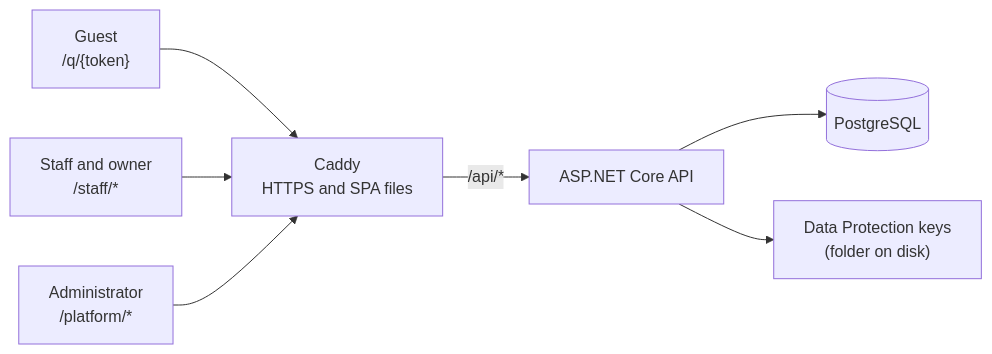
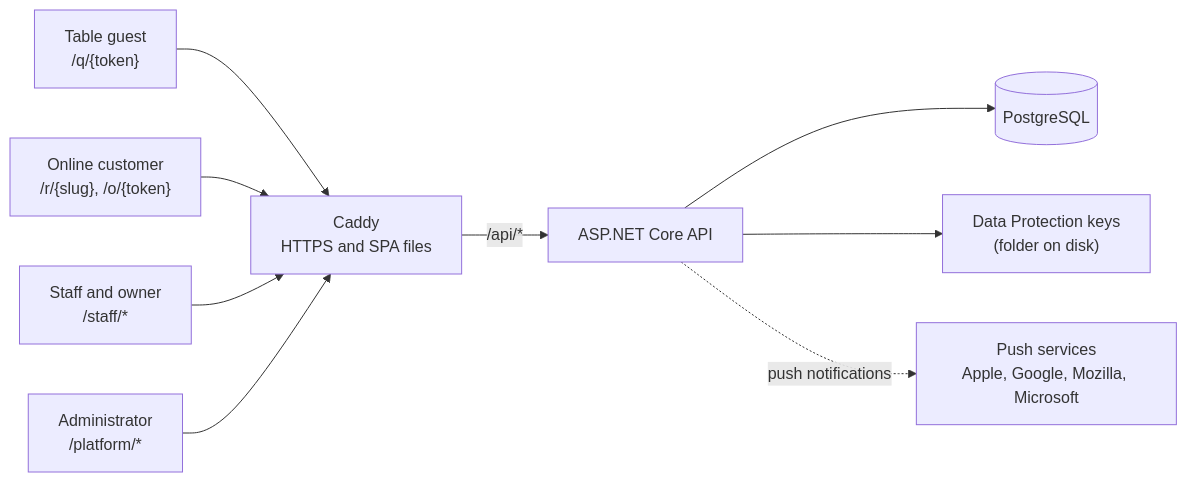
One commit to lorenzoyang/TavoloFlow changed the first of 5 diagrams in docs/en/development-notes.md. Above: the diagram before and after it, drawn with Mermaid. The commit also changed other lines of this file and 2 other files, not shown here.

Commit message:
docs: online ordering in development notes

````diff
--- a/docs/en/development-notes.md
+++ b/docs/en/development-notes.md
@@ -97,9 +105,11 @@
 ```mermaid
 flowchart LR
-  G["Guest<br>/q/{token}"] --> C
+  G["Table guest<br>/q/{token}"] --> C
+  O["Online customer<br>/r/{slug}, /o/{token}"] --> C
   S["Staff and owner<br>/staff/*"] --> C
   P["Administrator<br>/platform/*"] --> C
   C["Caddy<br>HTTPS and SPA files"] -->|"/api/*"| A["ASP.NET Core API"]
   A --> D[("PostgreSQL")]
   A --> K["Data Protection keys<br>(folder on disk)"]
+  A -.->|"push notifications"| N["Push services<br>Apple, Google, Mozilla, Microsoft"]
 ```
````
